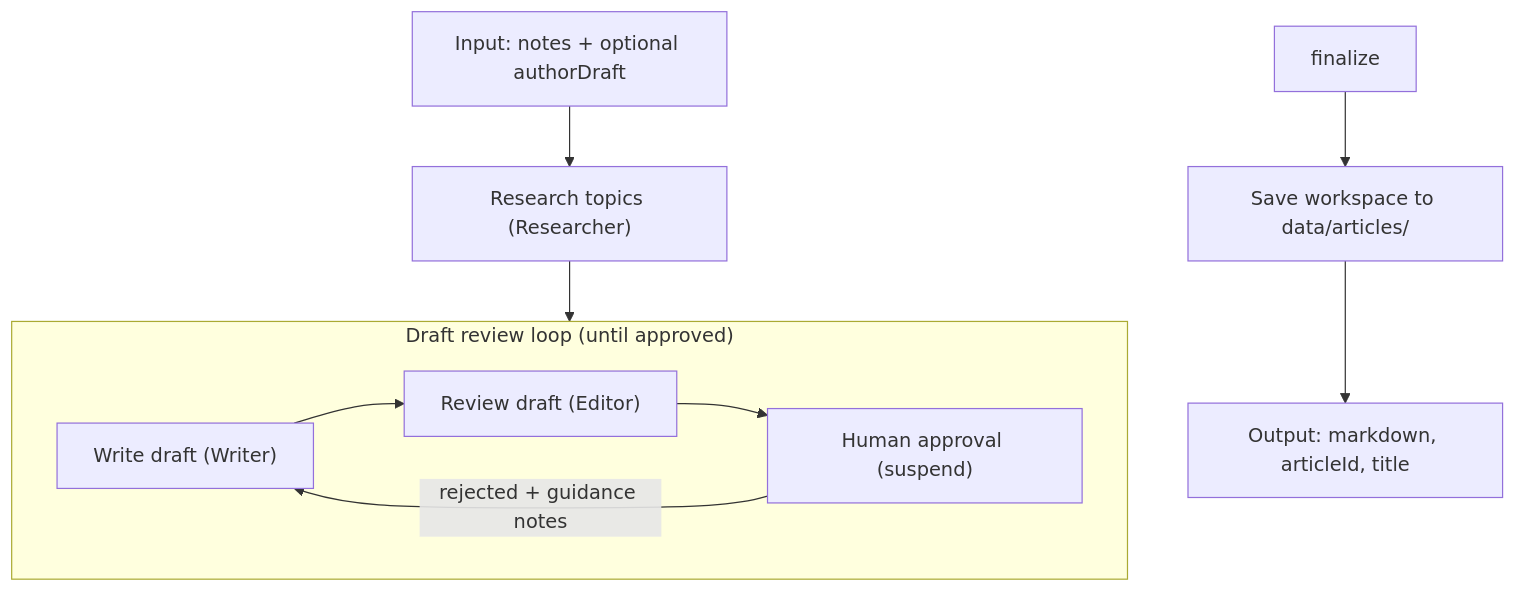
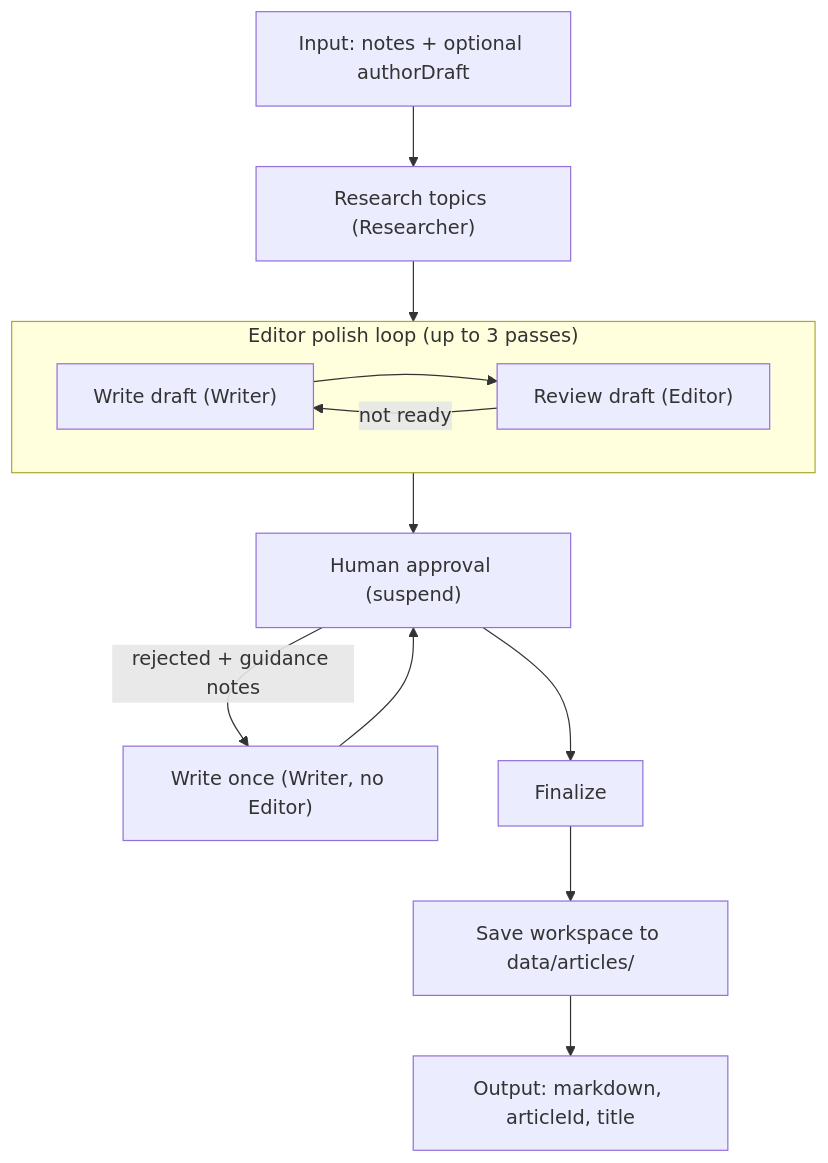
One commit to foxbit19/agentic-writer changed the first of 2 diagrams in docs/workflows.md. Above: the diagram before and after it, drawn with Mermaid. The commit also changed other lines of this file and 9 other files, not shown here.

First line of the commit message:
Add Writer–Editor polish loop before human approval.

````diff
--- a/docs/workflows.md
+++ b/docs/workflows.md
@@ -16,16 +16,19 @@
 ```mermaid
 flowchart TD
     input["Input: notes + optional authorDraft"] --> research["Research topics (Researcher)"]
-    research --> draftLoop
+    research --> editorPolish
 
-    subgraph draftLoop ["Draft review loop (until approved)"]
+    subgraph editorPolish ["Editor polish loop (up to 3 passes)"]
         write["Write draft (Writer)"]
         review["Review draft (Editor)"]
-        approve["Human approval (suspend)"]
-        write --> review --> approve
-        approve -->|"rejected + guidance notes"| write
+        write --> review
+        review -->|"not ready"| write
     end
 
+    editorPolish --> approve["Human approval (suspend)"]
+    approve -->|"rejected + guidance notes"| humanWrite["Write once (Writer, no Editor)"]
+    humanWrite --> approve
+    approve --> finalize["Finalize"]
     finalize --> output["Save workspace to data/articles/"]
     output --> result["Output: markdown, articleId, title"]
 ```
````
